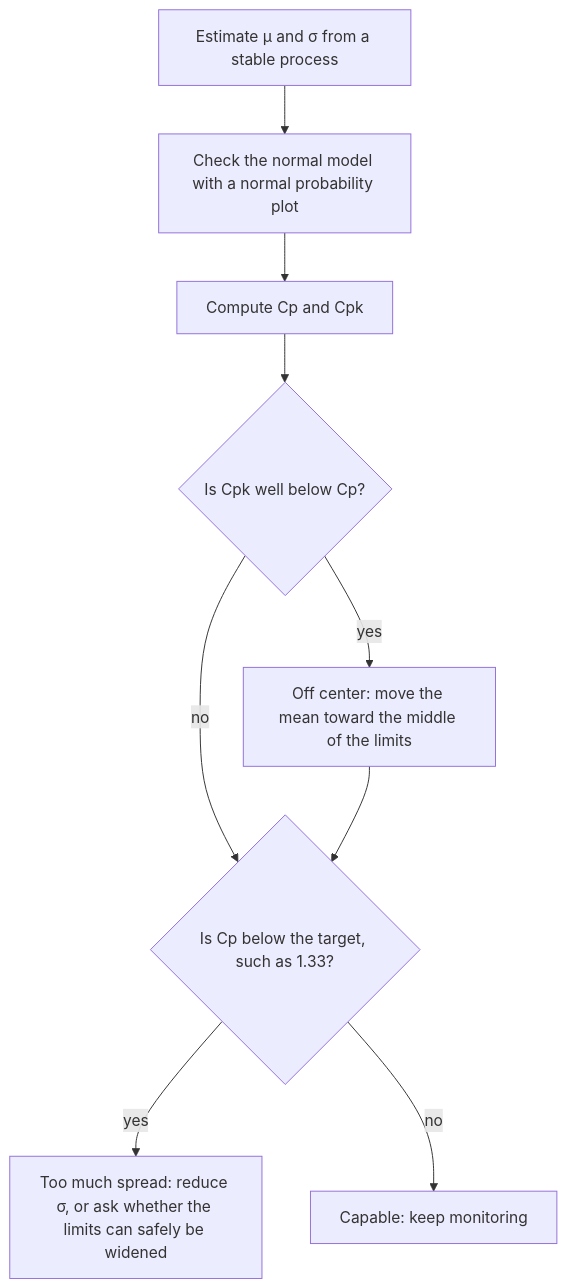
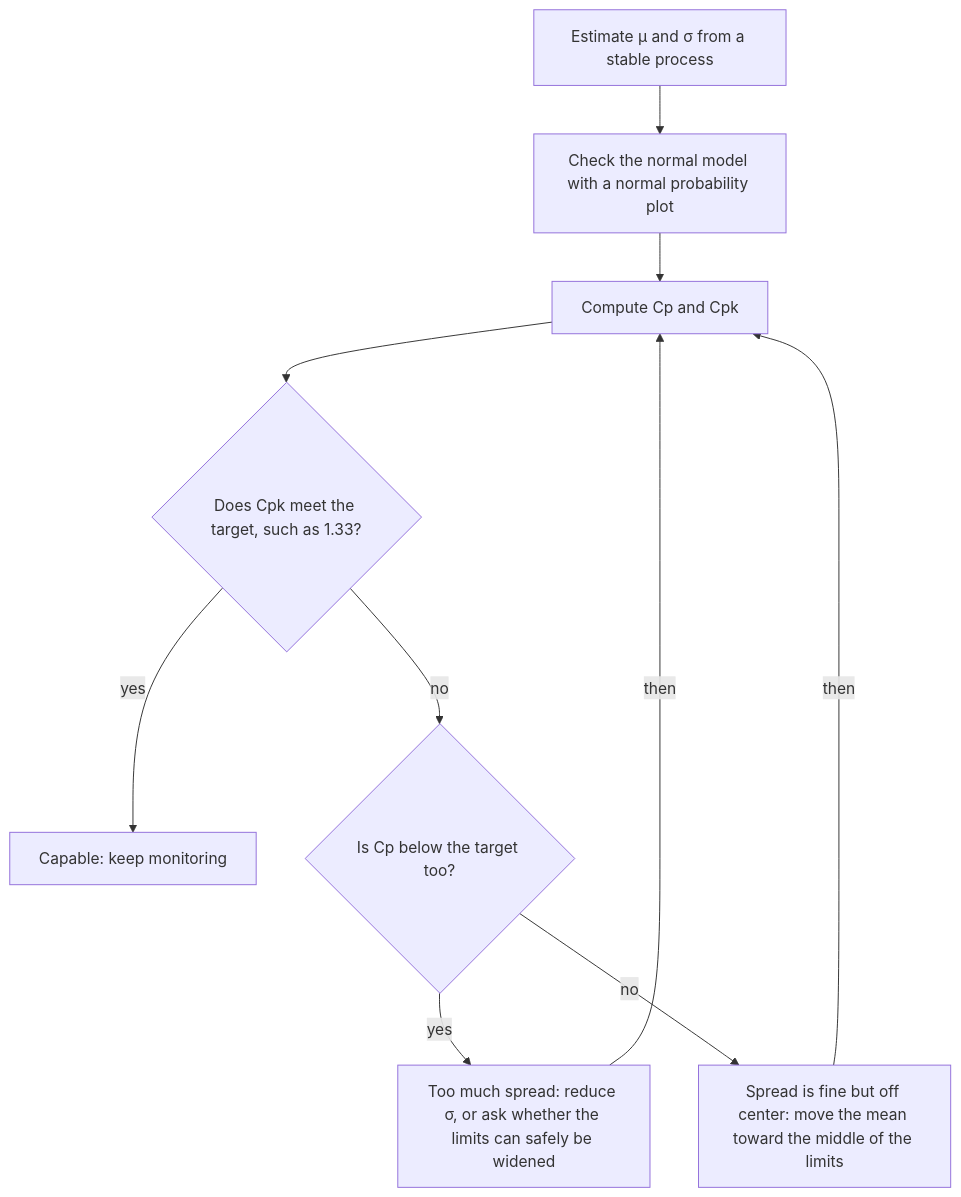
The diagram in content/math/ap-statistics/lessons/10h2-process-capability.md (Aziliz/erudior), drawn with Mermaid before and after one commit. The commit also changed 82 other files, not shown here.

````diff
--- a/content/math/ap-statistics/lessons/10h2-process-capability.md
+++ b/content/math/ap-statistics/lessons/10h2-process-capability.md
@@ -120,13 +120,14 @@
 ```mermaid
 flowchart TD
   accTitle: Improving a process that is not capable
-  accDescr: Collect data from a stable process and estimate its mean and standard deviation. Check the normal model with a normal probability plot. Compute Cp and Cpk. If Cpk is well below Cp, the process is off center, so move the mean toward the middle of the specification limits. Then, or if the process was already centered, ask whether Cp is below the target such as 1.33. If it is, the spread is too large: reduce sigma, or ask whether the limits can safely be widened. If not, the process is capable; keep monitoring it.
+  accDescr: Collect data from a stable process and estimate its mean and standard deviation. Check the normal model with a normal probability plot. Compute Cp and Cpk. If Cpk meets the target, such as 1.33, the process is capable; keep monitoring it. If not, ask whether Cp also falls below the target. If it does, the spread is too large: reduce sigma, or ask whether the limits can safely be widened. If Cp meets the target, the spread is fine but the process is off center, so move the mean toward the middle of the specification limits. After either change, compute Cp and Cpk again.
   A["Estimate μ and σ from a stable process"] --> N["Check the normal model with a normal probability plot"]
   N --> B["Compute Cp and Cpk"]
-  B --> C{"Is Cpk well below Cp?"}
-  C -->|yes| D["Off center: move the mean toward the middle of the limits"]
-  C -->|no| E{"Is Cp below the target, such as 1.33?"}
-  D --> E
+  B --> C{"Does Cpk meet the target, such as 1.33?"}
+  C -->|yes| G["Capable: keep monitoring"]
+  C -->|no| E{"Is Cp below the target too?"}
   E -->|yes| F["Too much spread: reduce σ, or ask whether the limits can safely be widened"]
-  E -->|no| G["Capable: keep monitoring"]
+  E -->|no| D["Spread is fine but off center: move the mean toward the middle of the limits"]
+  D -->|then| B
+  F -->|then| B
 ```
````
